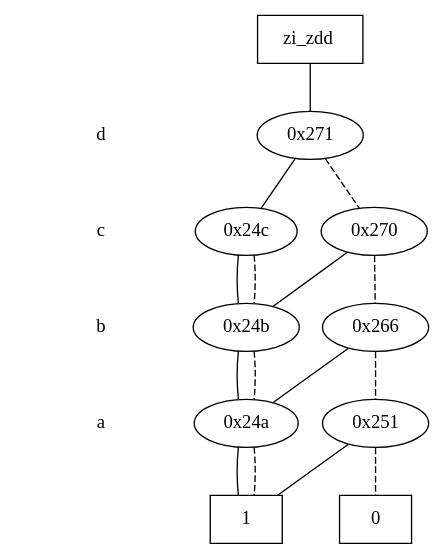
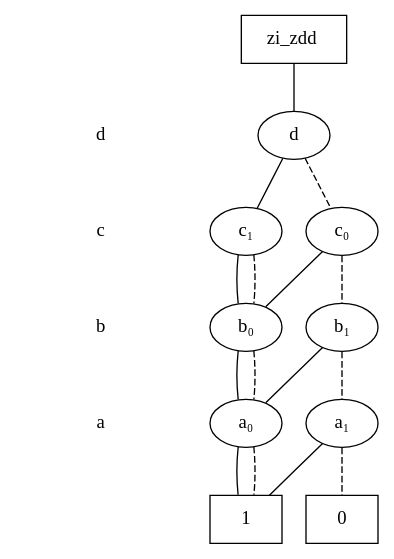
The diagram in zdd_plots/zi_zdd.dot (NathanNator/ECE6745_Final_Project), drawn with Graphviz before and after one commit. The commit also changed 12 other files, not shown here.

```diff
--- a/zdd_plots/zi_zdd.dot
+++ b/zdd_plots/zi_zdd.dot
@@ -1,49 +1,49 @@
 digraph "ZDD" {
 size = "7.5,10"
 center = true;
 edge [dir = none];
 { node [shape = plaintext];
   edge [style = invis];
   "CONST NODES" [style = invis];
 " d " -> " c " -> " b " -> " a " -> "CONST NODES"; 
 }
 { rank = same; node [shape = box]; edge [style = invis];
 "  zi_zdd  "; }
 { rank = same; " d ";
-"0x271";
+"d";
 }
 { rank = same; " c ";
-"0x270";
-"0x24c";
+"c₀";
+"c₁";
 }
 { rank = same; " b ";
-"0x24b";
-"0x266";
+"b₀";
+"b₁";
 }
 { rank = same; " a ";
-"0x24a";
-"0x251";
+"a₀";
+"a₁";
 }
 { rank = same; "CONST NODES";
 { node [shape = box]; "0x1a6";
 "0x1a5";
 }
 }
-"  zi_zdd  " -> "0x271" [style = solid];
-"0x271" -> "0x24c";
-"0x271" -> "0x270" [style = dashed];
-"0x270" -> "0x24b";
-"0x270" -> "0x266" [style = dashed];
-"0x24c" -> "0x24b";
-"0x24c" -> "0x24b" [style = dashed];
-"0x24b" -> "0x24a";
-"0x24b" -> "0x24a" [style = dashed];
-"0x266" -> "0x24a";
-"0x266" -> "0x251" [style = dashed];
-"0x24a" -> "0x1a5";
-"0x24a" -> "0x1a5" [style = dashed];
-"0x251" -> "0x1a5";
-"0x251" -> "0x1a6" [style = dashed];
+"  zi_zdd  " -> "d" [style = solid];
+"d" -> "c₁";
+"d" -> "c₀" [style = dashed];
+"c₀" -> "b₀";
+"c₀" -> "b₁" [style = dashed];
+"c₁" -> "b₀";
+"c₁" -> "b₀" [style = dashed];
+"b₀" -> "a₀";
+"b₀" -> "a₀" [style = dashed];
+"b₁" -> "a₀";
+"b₁" -> "a₁" [style = dashed];
+"a₀" -> "0x1a5";
+"a₀" -> "0x1a5" [style = dashed];
+"a₁" -> "0x1a5";
+"a₁" -> "0x1a6" [style = dashed];
 "0x1a6" [label = "0"];
 "0x1a5" [label = "1"];
 }
```
